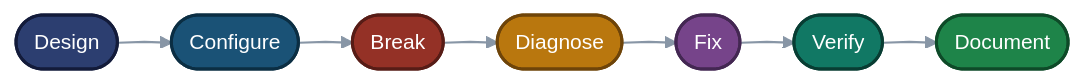
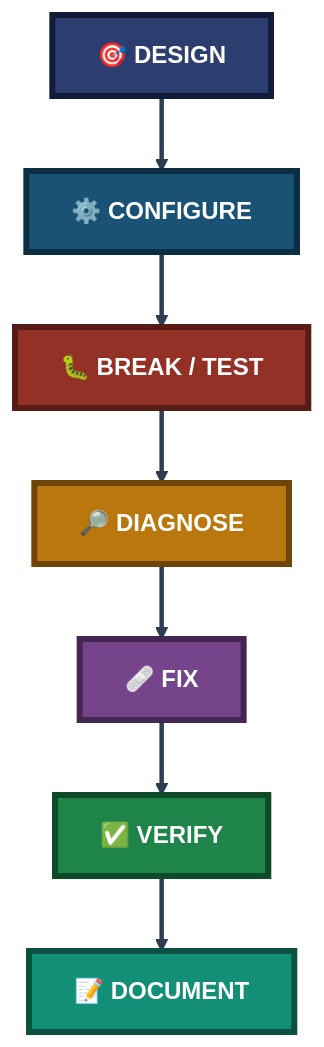
One commit to malaika-azhar/Cisco-Networking-Lab-Portfolio changed the second of 6 diagrams in README.md. Above: the diagram before and after it, drawn with Mermaid. The commit also changed other lines of this file, not shown here.

````diff
--- a/README.md
+++ b/README.md
@@ -78,14 +83,21 @@
 ```mermaid
-%%{init: {'theme': 'base', 'themeVariables': {'fontSize': '14px'}, 'flowchart': {'nodeSpacing': 20, 'rankSpacing': 36, 'curve': 'linear'}}}%%
-flowchart LR
-    A(["Design"]):::a --> B(["Configure"]):::b --> C(["Break"]):::c --> D(["Diagnose"]):::d --> E(["Fix"]):::e --> F(["Verify"]):::f --> G(["Document"]):::g
+flowchart TB
+    Des["🎯 DESIGN"]:::designClass
+    Cfg["⚙️ CONFIGURE"]:::cfgClass
+    Brk["🐛 BREAK / TEST"]:::brkClass
+    Dia["🔎 DIAGNOSE"]:::diaClass
+    Fix["🩹 FIX"]:::fixClass
+    Ver["✅ VERIFY"]:::verClass
+    Doc["📝 DOCUMENT"]:::docClass
 
-    classDef a fill:#2C3E70,stroke:#131B3A,stroke-width:2px,color:#FFFFFF
-    classDef b fill:#1A5276,stroke:#0B2E43,stroke-width:2px,color:#FFFFFF
-    classDef c fill:#943126,stroke:#571C16,stroke-width:2px,color:#FFFFFF
-    classDef d fill:#B9770E,stroke:#6E4409,stroke-width:2px,color:#FFFFFF
-    classDef e fill:#76448A,stroke:#432752,stroke-width:2px,color:#FFFFFF
-    classDef f fill:#117864,stroke:#083D33,stroke-width:2px,color:#FFFFFF
-    classDef g fill:#1E8449,stroke:#0E4A28,stroke-width:2px,color:#FFFFFF
-    linkStyle default stroke:#8896A6,stroke-width:1.5px
+    Des --> Cfg --> Brk --> Dia --> Fix --> Ver --> Doc
+
+    classDef designClass fill:#2C3E70,stroke:#131B3A,stroke-width:4px,color:#FFFFFF,font-weight:bold
+    classDef cfgClass fill:#1A5276,stroke:#0B2E43,stroke-width:4px,color:#FFFFFF,font-weight:bold
+    classDef brkClass fill:#943126,stroke:#571C16,stroke-width:4px,color:#FFFFFF,font-weight:bold
+    classDef diaClass fill:#B9770E,stroke:#6E4409,stroke-width:4px,color:#FFFFFF,font-weight:bold
+    classDef fixClass fill:#76448A,stroke:#432752,stroke-width:4px,color:#FFFFFF,font-weight:bold
+    classDef verClass fill:#1E8449,stroke:#0E4A28,stroke-width:4px,color:#FFFFFF,font-weight:bold
+    classDef docClass fill:#148F77,stroke:#0B5142,stroke-width:4px,color:#FFFFFF,font-weight:bold
+    linkStyle default stroke:#2C3E50,stroke-width:3px
 ```
````
